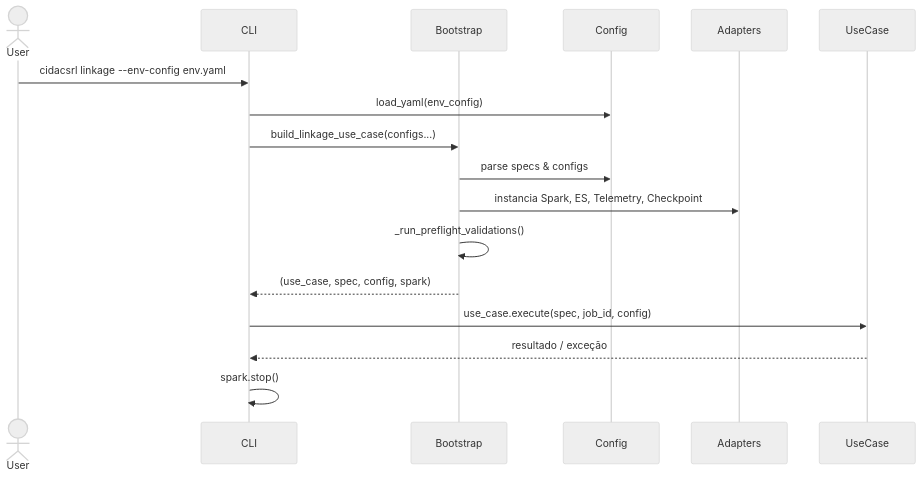
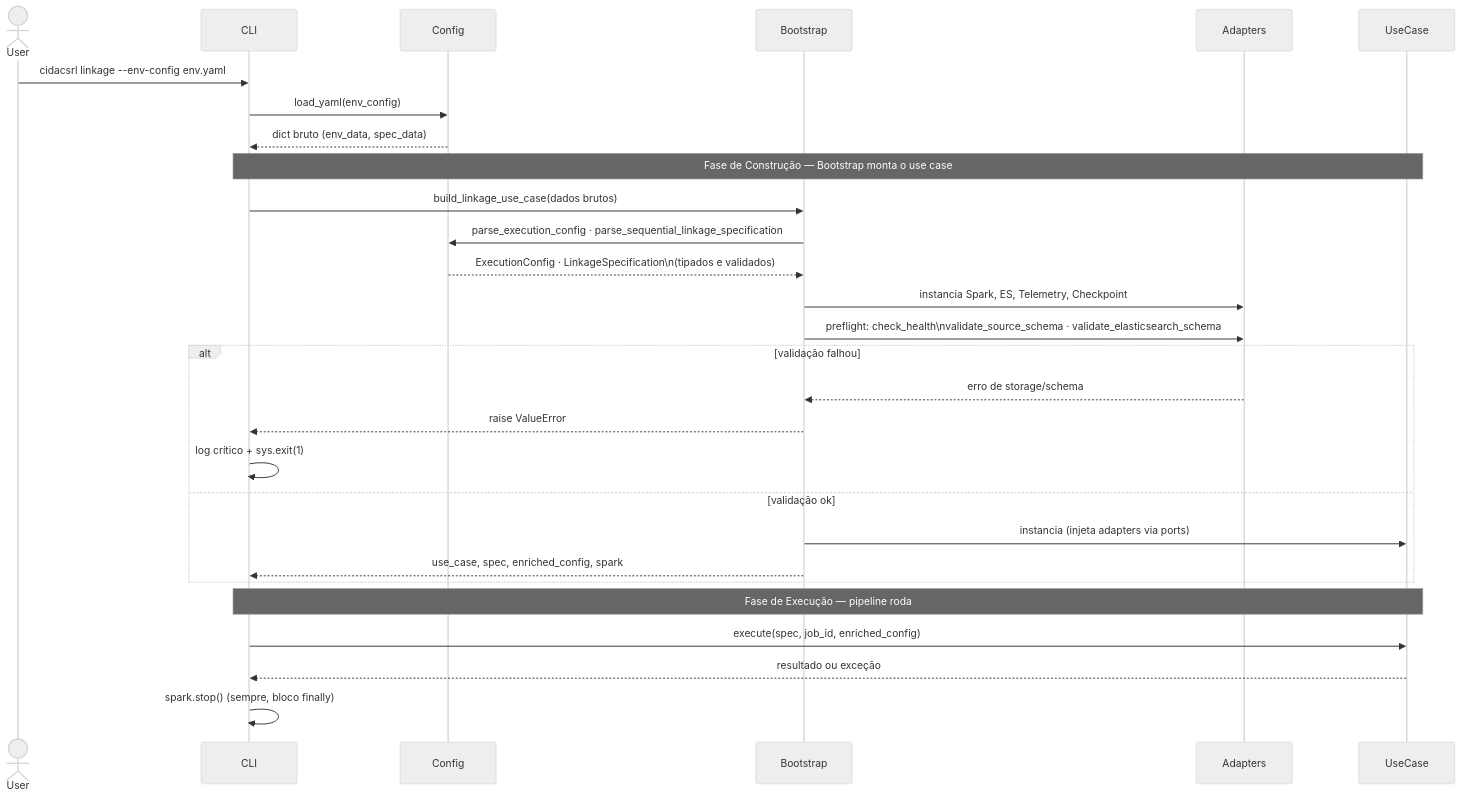
Before and after one commit to rafael-romao/cidacsrl: the fourth of 4 diagrams in docs/architecture/overview.md, drawn with Mermaid (neutral theme). The commit also changed other lines of this file, not shown here.

Commit message:
feat: enhance sequence diagram with detailed validation and execution flow

````diff
--- a/docs/architecture/overview.md
+++ b/docs/architecture/overview.md
@@ -141,20 +141,33 @@
 ```mermaid
 sequenceDiagram
     actor User
     participant CLI
+    participant Config
     participant Bootstrap
-    participant Config
     participant Adapters
     participant UseCase
 
     User->>CLI: cidacsrl linkage --env-config env.yaml
     CLI->>Config: load_yaml(env_config)
-    CLI->>Bootstrap: build_linkage_use_case(configs...)
-    Bootstrap->>Config: parse specs & configs
+    Config-->>CLI: dict bruto (env_data, spec_data)
+
+    Note over CLI,UseCase: Fase de Construção — Bootstrap monta o use case
+    CLI->>Bootstrap: build_linkage_use_case(dados brutos)
+    Bootstrap->>Config: parse_execution_config · parse_sequential_linkage_specification
+    Config-->>Bootstrap: ExecutionConfig · LinkageSpecification\n(tipados e validados)
     Bootstrap->>Adapters: instancia Spark, ES, Telemetry, Checkpoint
-    Bootstrap->>Bootstrap: _run_preflight_validations()
-    Bootstrap-->>CLI: (use_case, spec, config, spark)
-    CLI->>UseCase: use_case.execute(spec, job_id, config)
-    UseCase-->>CLI: resultado / exceção
-    CLI->>CLI: spark.stop()
+    Bootstrap->>Adapters: preflight: check_health\nvalidate_source_schema · validate_elasticsearch_schema
+    alt validação falhou
+        Adapters-->>Bootstrap: erro de storage/schema
+        Bootstrap-->>CLI: raise ValueError
+        CLI->>CLI: log crítico + sys.exit(1)
+    else validação ok
+        Bootstrap->>UseCase: instancia (injeta adapters via ports)
+        Bootstrap-->>CLI: use_case, spec, enriched_config, spark
+    end
+
+    Note over CLI,UseCase: Fase de Execução — pipeline roda
+    CLI->>UseCase: execute(spec, job_id, enriched_config)
+    UseCase-->>CLI: resultado ou exceção
+    CLI->>CLI: spark.stop() (sempre, bloco finally)
 ```
````
